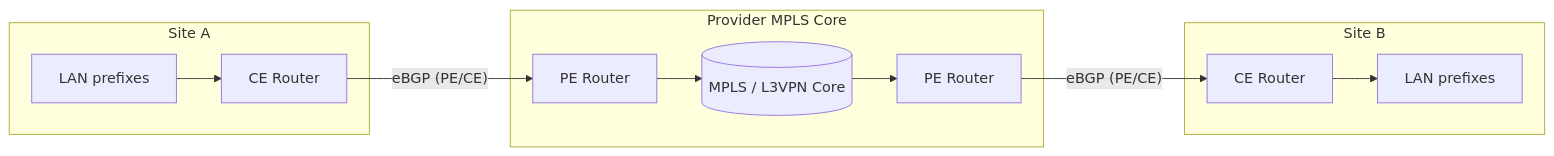
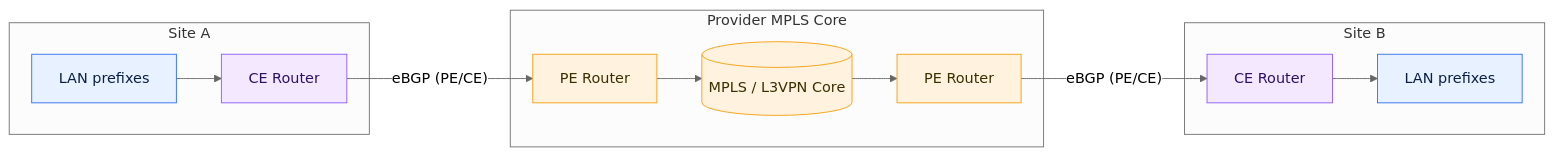
The first of 5 diagrams in blog/bgp-for-enterprise-cloud-connectivity.md (simonpainter/www.simonpainter.com), drawn with Mermaid before and after one commit. The commit also changed other lines of this file, not shown here.

Commit message:
Standardise Mermaid diagram styling

````diff
--- a/blog/bgp-for-enterprise-cloud-connectivity.md
+++ b/blog/bgp-for-enterprise-cloud-connectivity.md
@@ -112,26 +112,31 @@
 ```mermaid
+%%{init: {'theme':'neutral','flowchart':{'curve':'basis'},'themeVariables':{'fontFamily':'Inter, system-ui, -apple-system, Segoe UI, Roboto, Helvetica, Arial'}}}%%
 flowchart LR
+  classDef enterprise fill:#E8F1FF,stroke:#2F6FED,stroke-width:1px,color:#0B1F44;
+  classDef provider fill:#FFF3E0,stroke:#F59E0B,stroke-width:1px,color:#3B2F00;
+  classDef edge fill:#F3E8FF,stroke:#8B5CF6,stroke-width:1px,color:#2E1065;
+
   subgraph SiteA[Site A]
-    CE1[CE Router]
-    LAN1[LAN prefixes]
+    LAN1[LAN prefixes]:::enterprise
+    CE1[CE Router]:::edge
     LAN1 --> CE1
   end
 
   subgraph Provider[Provider MPLS Core]
-    PE1[PE Router]
-    MPLS[(MPLS / L3VPN Core)]
-    PE2[PE Router]
+    PE1[PE Router]:::provider
+    MPLS[(MPLS / L3VPN Core)]:::provider
+    PE2[PE Router]:::provider
   end
 
   subgraph SiteB[Site B]
-    CE2[CE Router]
-    LAN2[LAN prefixes]
+    CE2[CE Router]:::edge
+    LAN2[LAN prefixes]:::enterprise
     CE2 --> LAN2
   end
 
   CE1 -- eBGP (PE/CE) --> PE1
   PE1 --> MPLS --> PE2
   PE2 -- eBGP (PE/CE) --> CE2
 
-  %% provider distributes customer routes inside the VPN routing domain
+  %% Provider distributes customer routes inside the VPN routing domain.
 ```
````
